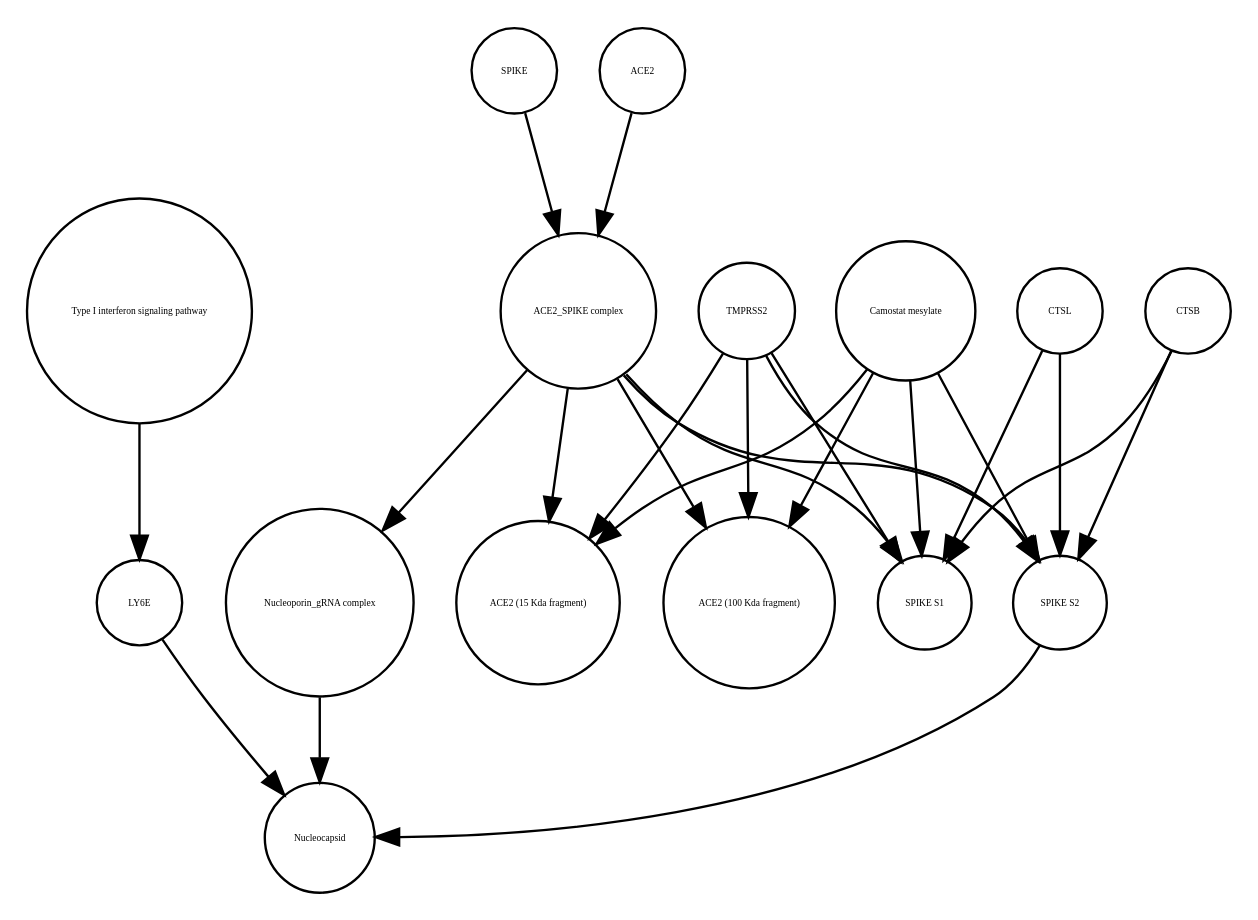
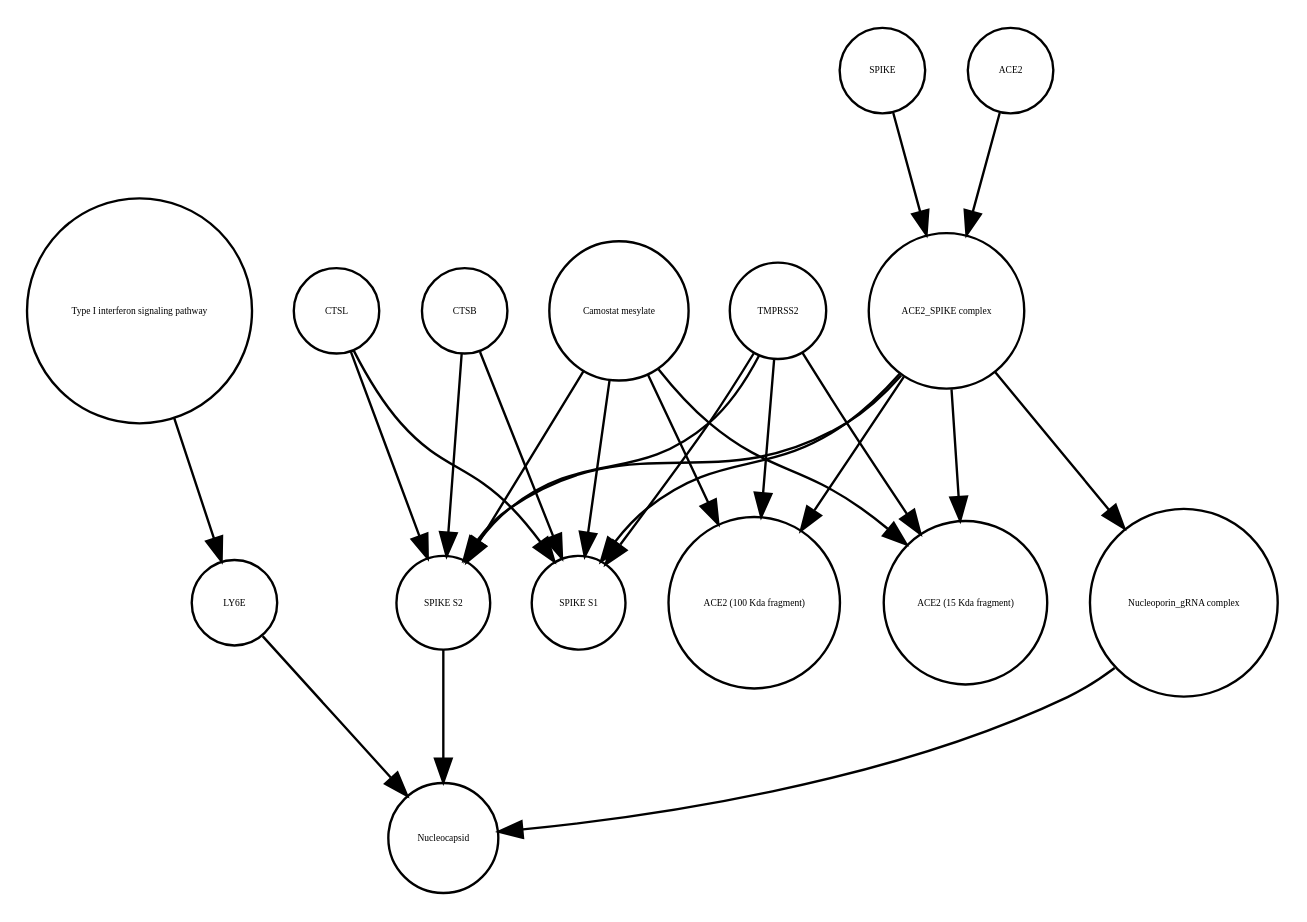
Before and after one commit to cannin/covid19-sbgn: the diagram in Virus_replication_cycle_V02.xml_projected.dot, drawn with Graphviz. The commit also changed 613 other files, not shown here.

```diff
--- a/Virus_replication_cycle_V02.xml_projected.dot
+++ b/Virus_replication_cycle_V02.xml_projected.dot
@@ -1,40 +1,40 @@
 strict digraph  {
 "Type I interferon signaling pathway" [annotation="", bipartite=0, cls=phenotype, fontsize=4, label="Type I interferon signaling pathway", shape=circle];
 LY6E [annotation="", bipartite=0, cls=macromolecule, fontsize=4, label=LY6E, shape=circle];
+"SPIKE S2" [annotation="", bipartite=0, cls=macromolecule, fontsize=4, label="SPIKE S2", shape=circle];
+CTSL [annotation="", bipartite=0, cls=macromolecule, fontsize=4, label=CTSL, shape=circle];
+SPIKE [annotation="", bipartite=0, cls="macromolecule multimer", fontsize=4, label=SPIKE, shape=circle];
 "ACE2 (100 Kda fragment)" [annotation="", bipartite=0, cls=macromolecule, fontsize=4, label="ACE2 (100 Kda fragment)", shape=circle];
-"ACE2 (15 Kda fragment)" [annotation="", bipartite=0, cls=macromolecule, fontsize=4, label="ACE2 (15 Kda fragment)", shape=circle];
-SPIKE [annotation="", bipartite=0, cls="macromolecule multimer", fontsize=4, label=SPIKE, shape=circle];
+"ACE2_SPIKE complex" [annotation="", bipartite=0, cls=complex, fontsize=4, label="ACE2_SPIKE complex", shape=circle];
+ACE2 [annotation="", bipartite=0, cls=macromolecule, fontsize=4, label=ACE2, shape=circle];
+CTSB [annotation="", bipartite=0, cls=macromolecule, fontsize=4, label=CTSB, shape=circle];
 "Camostat mesylate" [annotation="urn_miriam_pubchem.compound_2536", bipartite=0, cls="simple chemical", fontsize=4, label="Camostat mesylate", shape=circle];
 "SPIKE S1" [annotation="", bipartite=0, cls=macromolecule, fontsize=4, label="SPIKE S1", shape=circle];
 TMPRSS2 [annotation="", bipartite=0, cls=macromolecule, fontsize=4, label=TMPRSS2, shape=circle];
+"Nucleoporin_gRNA complex " [annotation="", bipartite=0, cls=complex, fontsize=4, label="Nucleoporin_gRNA complex ", shape=circle];
+"ACE2 (15 Kda fragment)" [annotation="", bipartite=0, cls=macromolecule, fontsize=4, label="ACE2 (15 Kda fragment)", shape=circle];
 Nucleocapsid [annotation="", bipartite=0, cls=complex, fontsize=4, label=Nucleocapsid, shape=circle];
-CTSB [annotation="", bipartite=0, cls=macromolecule, fontsize=4, label=CTSB, shape=circle];
-ACE2 [annotation="", bipartite=0, cls=macromolecule, fontsize=4, label=ACE2, shape=circle];
-"ACE2_SPIKE complex" [annotation="", bipartite=0, cls=complex, fontsize=4, label="ACE2_SPIKE complex", shape=circle];
-"SPIKE S2" [annotation="", bipartite=0, cls=macromolecule, fontsize=4, label="SPIKE S2", shape=circle];
-CTSL [annotation="", bipartite=0, cls=macromolecule, fontsize=4, label=CTSL, shape=circle];
-"Nucleoporin_gRNA complex " [annotation="", bipartite=0, cls=complex, fontsize=4, label="Nucleoporin_gRNA complex ", shape=circle];
 "Type I interferon signaling pathway" -> LY6E  [annotation="", interaction_type=stimulation];
 LY6E -> Nucleocapsid  [annotation="urn_miriam_doi_10.1101%2F2020.03.05.979260|urn_miriam_doi_10.1101%2F2020.04.02.021469", interaction_type=inhibition];
+"SPIKE S2" -> Nucleocapsid  [annotation="urn_miriam_doi_10.1101%2F2020.03.05.979260|urn_miriam_doi_10.1101%2F2020.04.02.021469", interaction_type=stimulation];
+CTSL -> "SPIKE S2"  [annotation=urn_miriam_pubmed_32142651, interaction_type=catalysis];
+CTSL -> "SPIKE S1"  [annotation=urn_miriam_pubmed_32142651, interaction_type=catalysis];
 SPIKE -> "ACE2_SPIKE complex"  [annotation="", interaction_type=production];
-"Camostat mesylate" -> "ACE2 (100 Kda fragment)"  [annotation="urn_miriam_pubmed_32142651|urn_miriam_pubmed_32094589|urn_miriam_pubmed_24227843", interaction_type=inhibition];
-"Camostat mesylate" -> "SPIKE S2"  [annotation="urn_miriam_pubmed_32142651|urn_miriam_pubmed_32094589|urn_miriam_pubmed_24227843", interaction_type=inhibition];
-"Camostat mesylate" -> "ACE2 (15 Kda fragment)"  [annotation="urn_miriam_pubmed_32142651|urn_miriam_pubmed_32094589|urn_miriam_pubmed_24227843", interaction_type=inhibition];
-"Camostat mesylate" -> "SPIKE S1"  [annotation="urn_miriam_pubmed_32142651|urn_miriam_pubmed_32094589|urn_miriam_pubmed_24227843", interaction_type=inhibition];
-TMPRSS2 -> "ACE2 (100 Kda fragment)"  [annotation="urn_miriam_pubmed_32142651|urn_miriam_pubmed_32094589|urn_miriam_pubmed_24227843", interaction_type=catalysis];
-TMPRSS2 -> "SPIKE S2"  [annotation="urn_miriam_pubmed_32142651|urn_miriam_pubmed_32094589|urn_miriam_pubmed_24227843", interaction_type=catalysis];
-TMPRSS2 -> "ACE2 (15 Kda fragment)"  [annotation="urn_miriam_pubmed_32142651|urn_miriam_pubmed_32094589|urn_miriam_pubmed_24227843", interaction_type=catalysis];
-TMPRSS2 -> "SPIKE S1"  [annotation="urn_miriam_pubmed_32142651|urn_miriam_pubmed_32094589|urn_miriam_pubmed_24227843", interaction_type=catalysis];
+"ACE2_SPIKE complex" -> "SPIKE S2"  [annotation="", interaction_type=production];
+"ACE2_SPIKE complex" -> "ACE2 (100 Kda fragment)"  [annotation="", interaction_type=production];
+"ACE2_SPIKE complex" -> "SPIKE S1"  [annotation="", interaction_type=production];
+"ACE2_SPIKE complex" -> "ACE2 (15 Kda fragment)"  [annotation="", interaction_type=production];
+"ACE2_SPIKE complex" -> "Nucleoporin_gRNA complex "  [annotation="urn_miriam_pubmed_32142651|urn_miriam_pubmed_32094589", interaction_type=stimulation];
+ACE2 -> "ACE2_SPIKE complex"  [annotation="", interaction_type=production];
 CTSB -> "SPIKE S2"  [annotation=urn_miriam_pubmed_32142651, interaction_type=catalysis];
 CTSB -> "SPIKE S1"  [annotation=urn_miriam_pubmed_32142651, interaction_type=catalysis];
-ACE2 -> "ACE2_SPIKE complex"  [annotation="", interaction_type=production];
-"ACE2_SPIKE complex" -> "ACE2 (100 Kda fragment)"  [annotation="", interaction_type=production];
-"ACE2_SPIKE complex" -> "ACE2 (15 Kda fragment)"  [annotation="", interaction_type=production];
-"ACE2_SPIKE complex" -> "SPIKE S1"  [annotation="", interaction_type=production];
-"ACE2_SPIKE complex" -> "SPIKE S2"  [annotation="", interaction_type=production];
-"ACE2_SPIKE complex" -> "Nucleoporin_gRNA complex "  [annotation="urn_miriam_pubmed_32142651|urn_miriam_pubmed_32094589", interaction_type=stimulation];
-"SPIKE S2" -> Nucleocapsid  [annotation="", interaction_type=stimulation];
-CTSL -> "SPIKE S2"  [annotation=urn_miriam_pubmed_32142651, interaction_type=catalysis];
-CTSL -> "SPIKE S1"  [annotation=urn_miriam_pubmed_32142651, interaction_type=catalysis];
+"Camostat mesylate" -> "SPIKE S2"  [annotation="urn_miriam_pubmed_32142651|urn_miriam_pubmed_32094589|urn_miriam_pubmed_24227843", interaction_type=inhibition];
+"Camostat mesylate" -> "SPIKE S1"  [annotation="urn_miriam_pubmed_32142651|urn_miriam_pubmed_32094589|urn_miriam_pubmed_24227843", interaction_type=inhibition];
+"Camostat mesylate" -> "ACE2 (15 Kda fragment)"  [annotation="urn_miriam_pubmed_32142651|urn_miriam_pubmed_32094589|urn_miriam_pubmed_24227843", interaction_type=inhibition];
+"Camostat mesylate" -> "ACE2 (100 Kda fragment)"  [annotation="urn_miriam_pubmed_32142651|urn_miriam_pubmed_32094589|urn_miriam_pubmed_24227843", interaction_type=inhibition];
+TMPRSS2 -> "SPIKE S2"  [annotation="urn_miriam_pubmed_32142651|urn_miriam_pubmed_32094589|urn_miriam_pubmed_24227843", interaction_type=catalysis];
+TMPRSS2 -> "SPIKE S1"  [annotation="urn_miriam_pubmed_32142651|urn_miriam_pubmed_32094589|urn_miriam_pubmed_24227843", interaction_type=catalysis];
+TMPRSS2 -> "ACE2 (15 Kda fragment)"  [annotation="urn_miriam_pubmed_32142651|urn_miriam_pubmed_32094589|urn_miriam_pubmed_24227843", interaction_type=catalysis];
+TMPRSS2 -> "ACE2 (100 Kda fragment)"  [annotation="urn_miriam_pubmed_32142651|urn_miriam_pubmed_32094589|urn_miriam_pubmed_24227843", interaction_type=catalysis];
 "Nucleoporin_gRNA complex " -> Nucleocapsid  [annotation="", interaction_type=production];
 }
```
